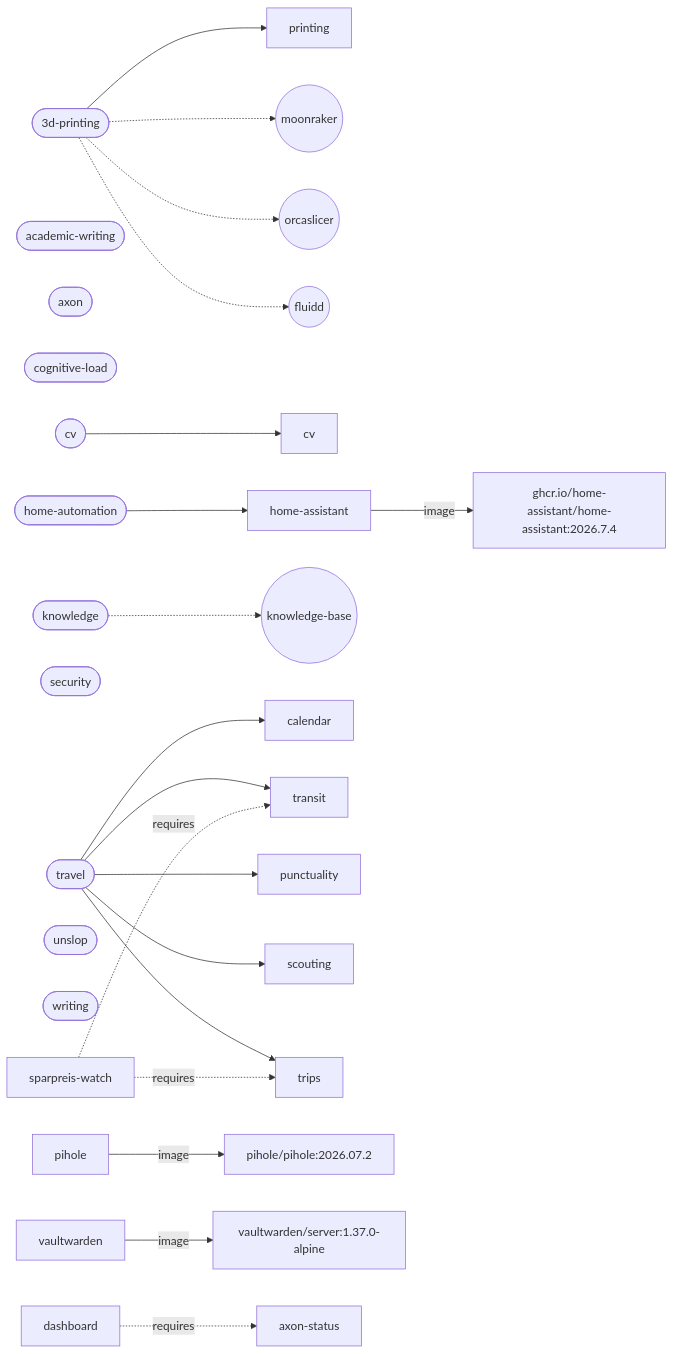
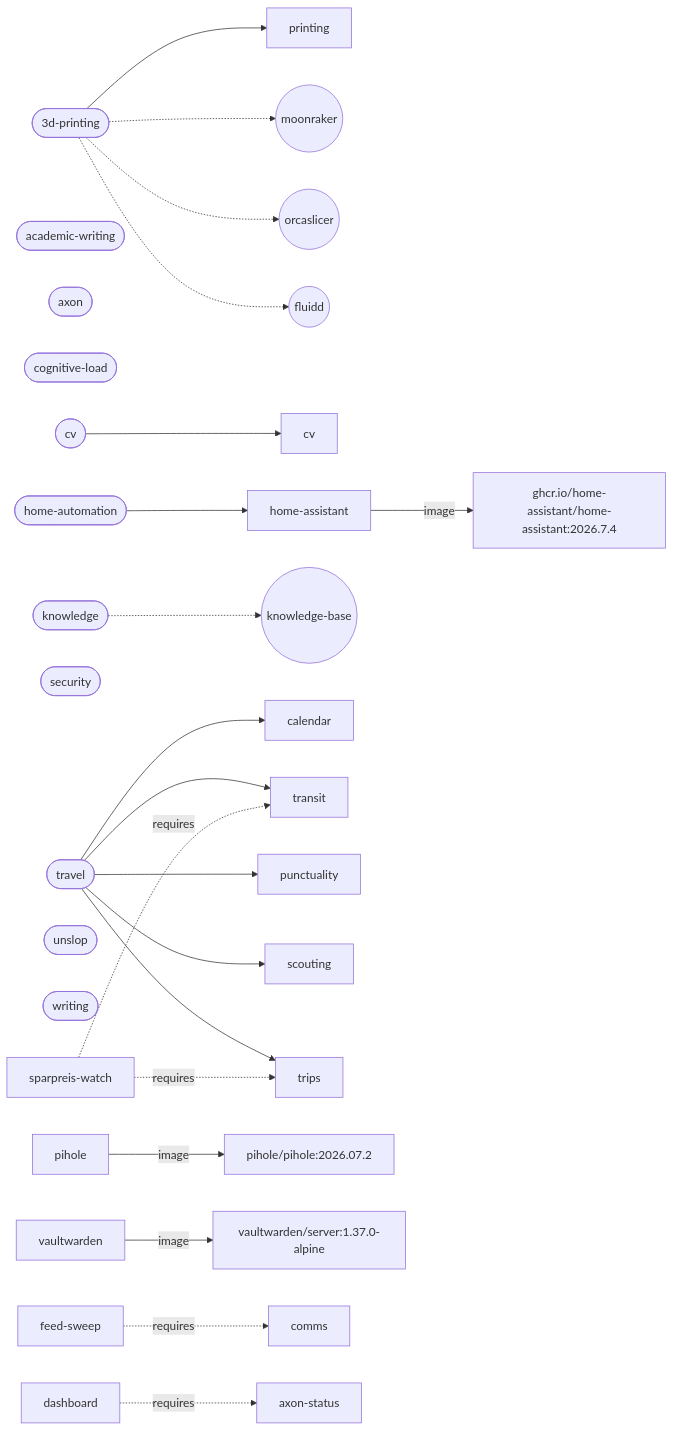
Before and after one commit to larsboes/Axon: the diagram in ARCHITECTURE.md, drawn with Mermaid. The commit also changed other lines of this file and 6 other files, not shown here.

````diff
--- a/ARCHITECTURE.md
+++ b/ARCHITECTURE.md
@@ -134,32 +134,33 @@
 ```mermaid
 flowchart LR
   pack_3d_printing(["3d-printing"])
   pack_3d_printing --> cap_printing["printing"]
   pack_3d_printing -.-> sys_moonraker(("moonraker"))
   pack_3d_printing -.-> sys_orcaslicer(("orcaslicer"))
   pack_3d_printing -.-> sys_fluidd(("fluidd"))
   pack_academic_writing(["academic-writing"])
   pack_axon(["axon"])
   pack_cognitive_load(["cognitive-load"])
   pack_cv(["cv"])
   pack_cv --> cap_cv["cv"]
   pack_home_automation(["home-automation"])
   pack_home_automation --> cap_home_assistant["home-assistant"]
   pack_knowledge(["knowledge"])
   pack_knowledge -.-> sys_knowledge_base(("knowledge-base"))
   pack_security(["security"])
   pack_travel(["travel"])
   pack_travel --> cap_calendar["calendar"]
   pack_travel --> cap_transit["transit"]
   pack_travel --> cap_punctuality["punctuality"]
   pack_travel --> cap_scouting["scouting"]
   pack_travel --> cap_trips["trips"]
   pack_unslop(["unslop"])
   pack_writing(["writing"])
   cap_home_assistant["home-assistant"] -->|image| img_ghcr_io_home_assistant_home_assistant["ghcr.io/home-assistant/home-assistant:2026.7.4"]
   cap_pihole["pihole"] -->|image| img_pihole_pihole["pihole/pihole:2026.07.2"]
   cap_vaultwarden["vaultwarden"] -->|image| img_vaultwarden_server["vaultwarden/server:1.37.0-alpine"]
+  cap_feed_sweep["feed-sweep"] -.->|requires| cap_comms["comms"]
   cap_sparpreis_watch["sparpreis-watch"] -.->|requires| cap_transit["transit"]
   cap_sparpreis_watch["sparpreis-watch"] -.->|requires| cap_trips["trips"]
   cap_dashboard["dashboard"] -.->|requires| cap_axon_status["axon-status"]
 ```
````
